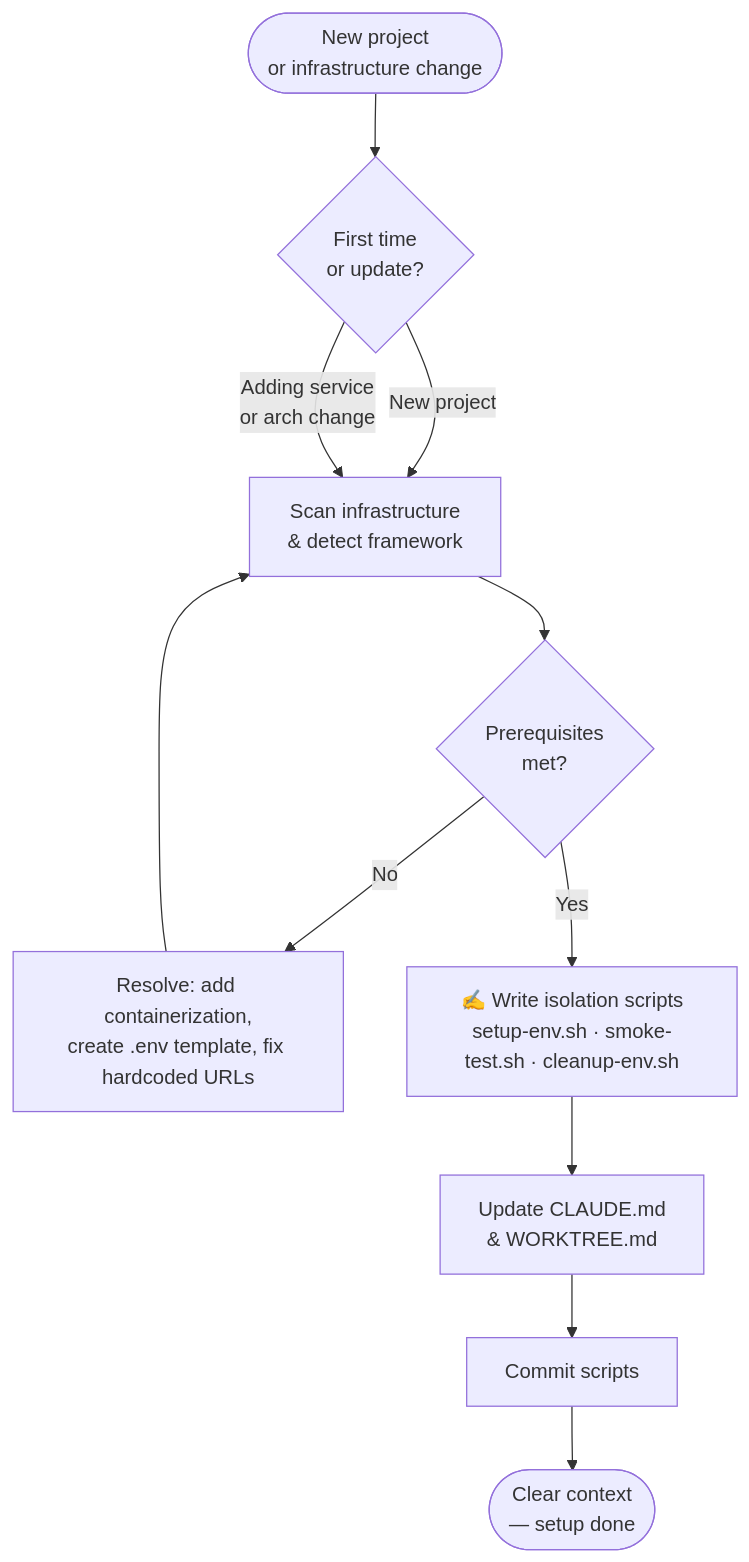
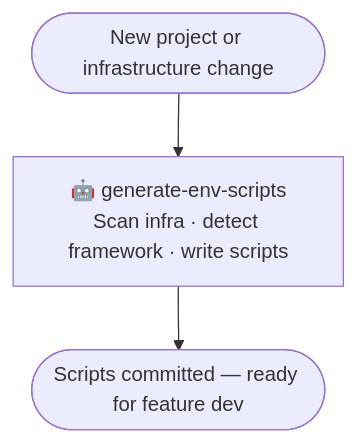
Before and after one commit to joel611/claude-plugins: the first of 2 diagrams in plugins/project/setup-isolated-env/README.md, drawn with Mermaid. The commit also changed other lines of this file, not shown here.

Commit message:
docs(setup-isolated-env): rewrite README with cleaner wording and skill step highlights

````diff
--- a/plugins/project/setup-isolated-env/README.md
+++ b/plugins/project/setup-isolated-env/README.md
@@ -50,18 +46,5 @@
 ```mermaid
 flowchart TD
-    A([New project\nor infrastructure change]) --> B{First time\nor update?}
-
-    B -- New project --> C[Scan infrastructure\n& detect framework]
-    B -- Adding service\nor arch change --> C
-
-    C --> D{Prerequisites\nmet?}
-    D -- No --> E[Resolve: add containerization,\ncreate .env template, fix hardcoded URLs]
-    E --> C
-    D -- Yes --> F
-
-    F["✍️ Write isolation scripts\nsetup-env.sh · smoke-test.sh · cleanup-env.sh"]
-    F --> G[Update CLAUDE.md\n& WORKTREE.md]
-    G --> H[Commit scripts]
-    H --> I([Clear context\n— setup done])
-
+    A([New project or infrastructure change]) --> B["🤖 generate-env-scripts\nScan infra · detect framework · write scripts"]
+    B --> C([Scripts committed — ready for feature dev])
 ```
````
